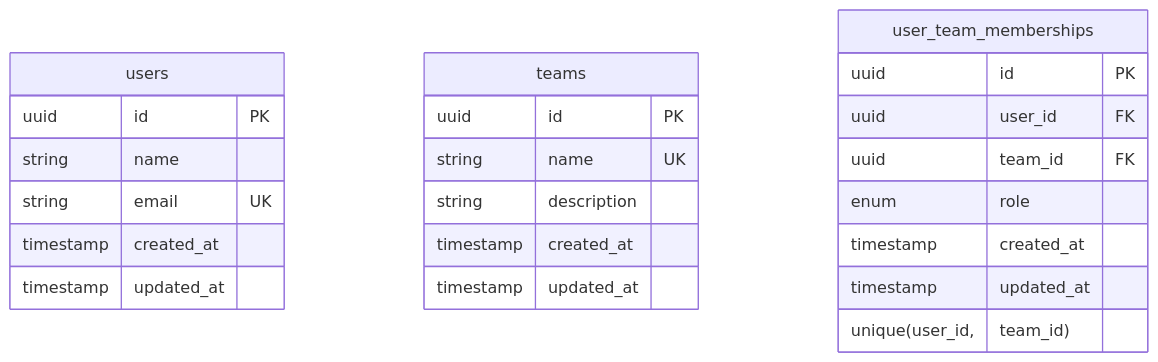
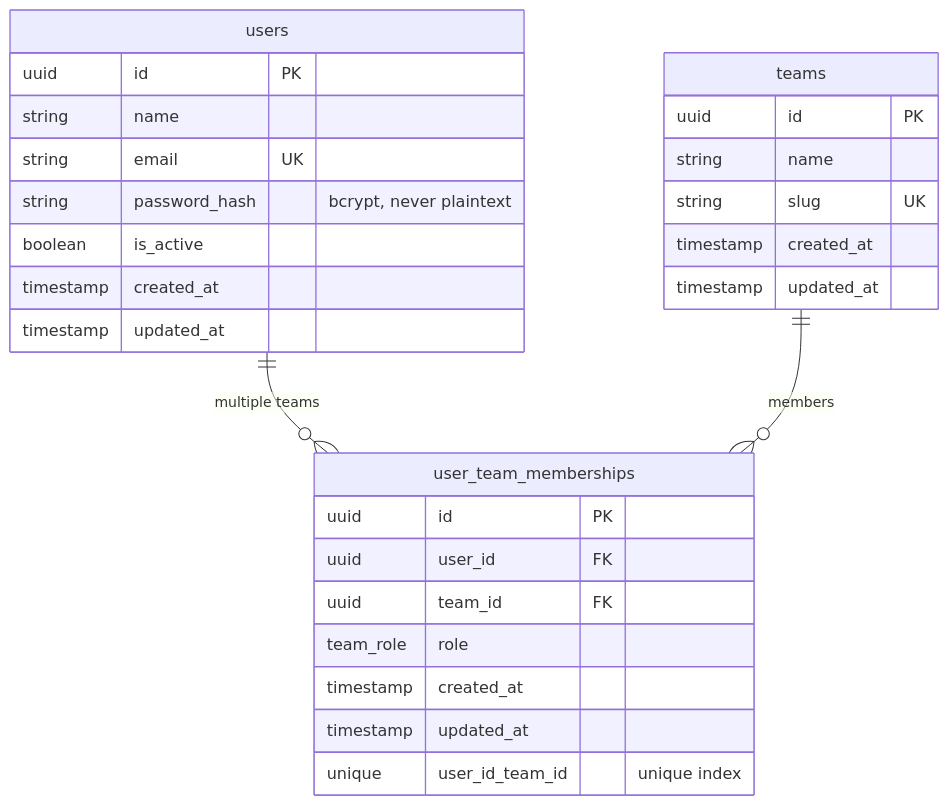
The first of 5 diagrams in docs/ARCHITECTURE.md (priyanshubarai/newtonite-ops-2300971530090), drawn with Mermaid before and after one commit. The commit also changed other lines of this file and 36 other files, not shown here.

First line of the commit message:
feat: add initial database schema and migration files

````diff
--- a/docs/ARCHITECTURE.md
+++ b/docs/ARCHITECTURE.md
@@ -71,26 +73,30 @@
 ```mermaid
 erDiagram
     users {
         uuid id PK
         string name
         string email UK
+        string password_hash "bcrypt, never plaintext"
+        boolean is_active
         timestamp created_at
         timestamp updated_at
     }
     teams {
         uuid id PK
-        string name UK
-        string description
+        string name
+        string slug UK
         timestamp created_at
         timestamp updated_at
     }
     user_team_memberships {
         uuid id PK
         uuid user_id FK
         uuid team_id FK
-        enum role
+        team_role role
         timestamp created_at
         timestamp updated_at
-        unique(user_id, team_id)
+        unique user_id_team_id "unique index"
     }
+    users ||--o{ user_team_memberships : "multiple teams"
+    teams ||--o{ user_team_memberships : "members"
 ```
````
